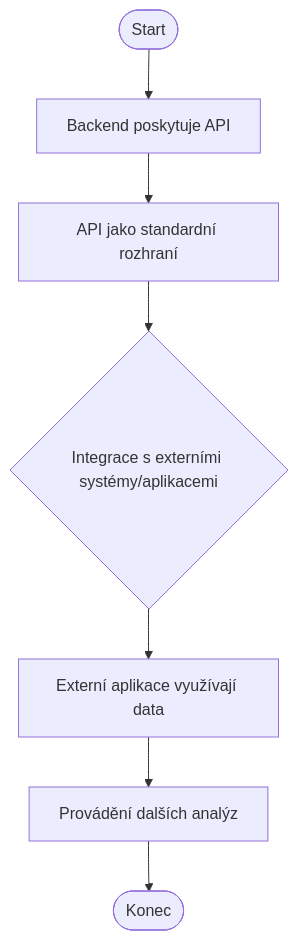
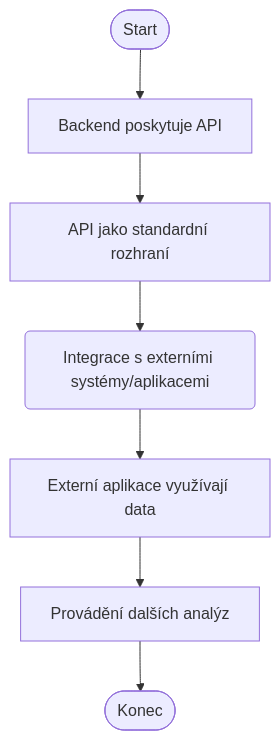
Before and after one commit to SurfaceNote/anis: diagram 11 of 11 in diagrams__source.md, drawn with Mermaid.

````diff
--- a/diagrams__source.md
+++ b/diagrams__source.md
@@ -110,9 +110,9 @@
 ```mermaid
 flowchart TD
     start([Start]) --> provideAPI[Backend poskytuje API]
     provideAPI --> standardInterface[API jako standardní rozhraní]
-    standardInterface --> externalIntegration{Integrace s externími systémy/aplikacemi}
+    standardInterface --> externalIntegration(Integrace s externími systémy/aplikacemi)
     externalIntegration --> useData[Externí aplikace využívají data]
     useData --> performAnalysis[Provádění dalších analýz]
     performAnalysis --> End([Konec])
 ```
````
